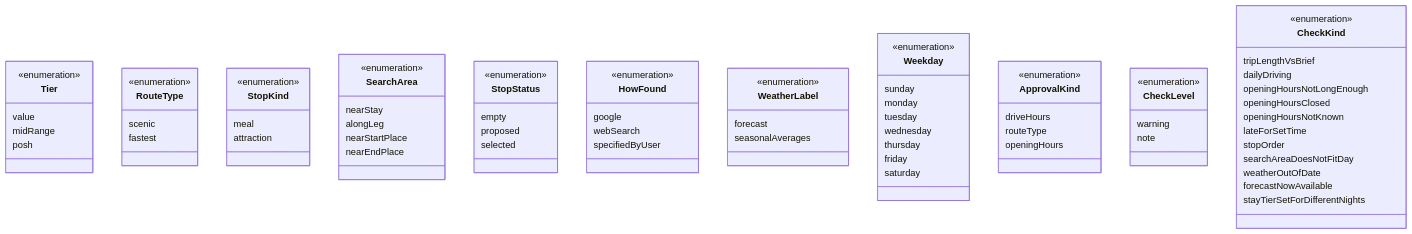
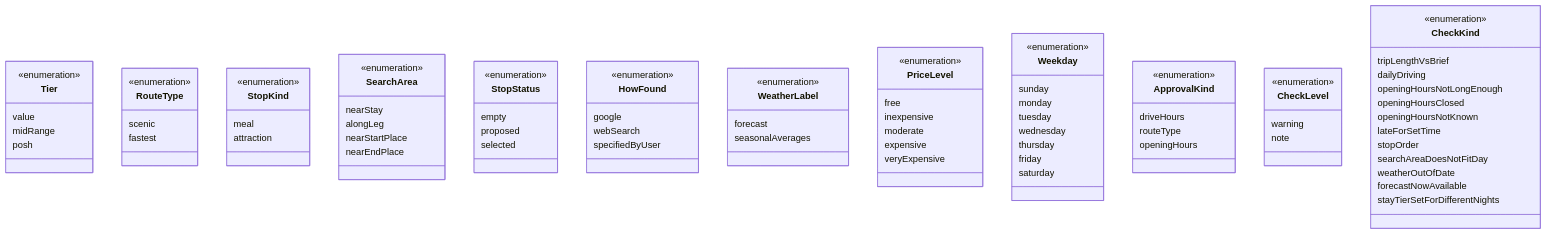
One commit to nimbusscale/road-trip-agent changed the second of 2 diagrams in design/domain-model.md. Above: the diagram before and after it, drawn with Mermaid. The commit also changed other lines of this file and 1 other file, not shown here.

```diff
--- a/design/domain-model.md
+++ b/design/domain-model.md
@@ -402,6 +418,14 @@
         forecast
         seasonalAverages
     }
+    class PriceLevel {
+        <<enumeration>>
+        free
+        inexpensive
+        moderate
+        expensive
+        veryExpensive
+    }
     class Weekday {
         <<enumeration>>
         sunday
```
